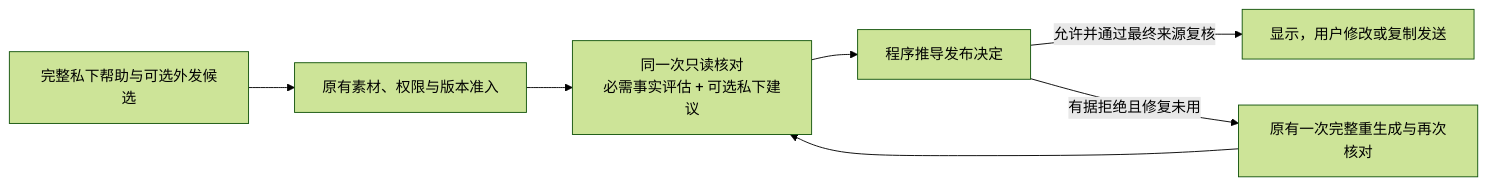
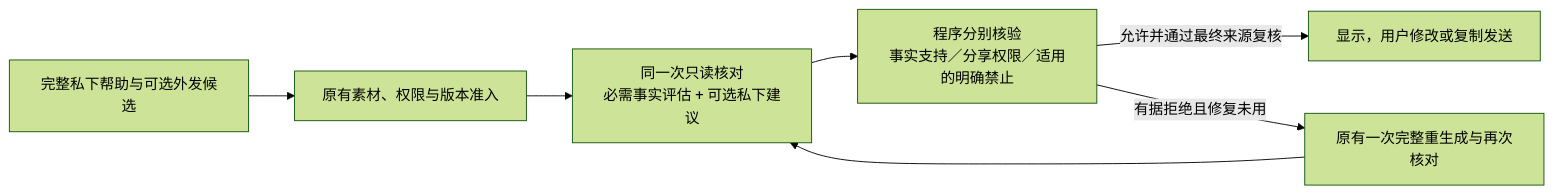
One commit to zhkzly/qq-chat-assistant changed the diagram in docs/factual-publication-authority_CN.md. Above: the diagram before and after it, drawn with Mermaid (forest theme). The commit also changed other lines of this file and 29 other files, not shown here.

````diff
--- a/docs/factual-publication-authority_CN.md
+++ b/docs/factual-publication-authority_CN.md
@@ -5,9 +5,9 @@
 ```mermaid
 flowchart LR
   P[完整私下帮助与可选外发候选] --> A[原有素材、权限与版本准入]
   A --> C[同一次只读核对<br/>必需事实评估 + 可选私下建议]
-  C --> D[程序推导发布决定]
+  C --> D[程序分别核验<br/>事实支持／分享权限／适用的明确禁止]
   D -->|允许并通过最终来源复核| U[显示，用户修改或复制发送]
   D -->|有据拒绝且修复未用| R[原有一次完整重生成与再次核对]
   R --> C
 ```
````
